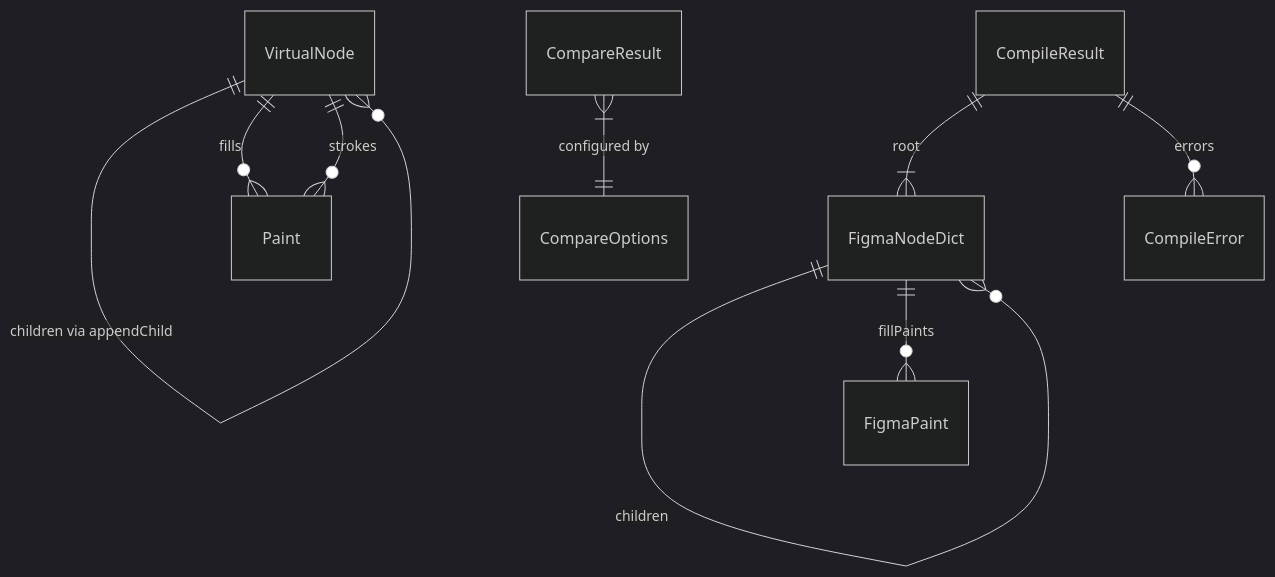
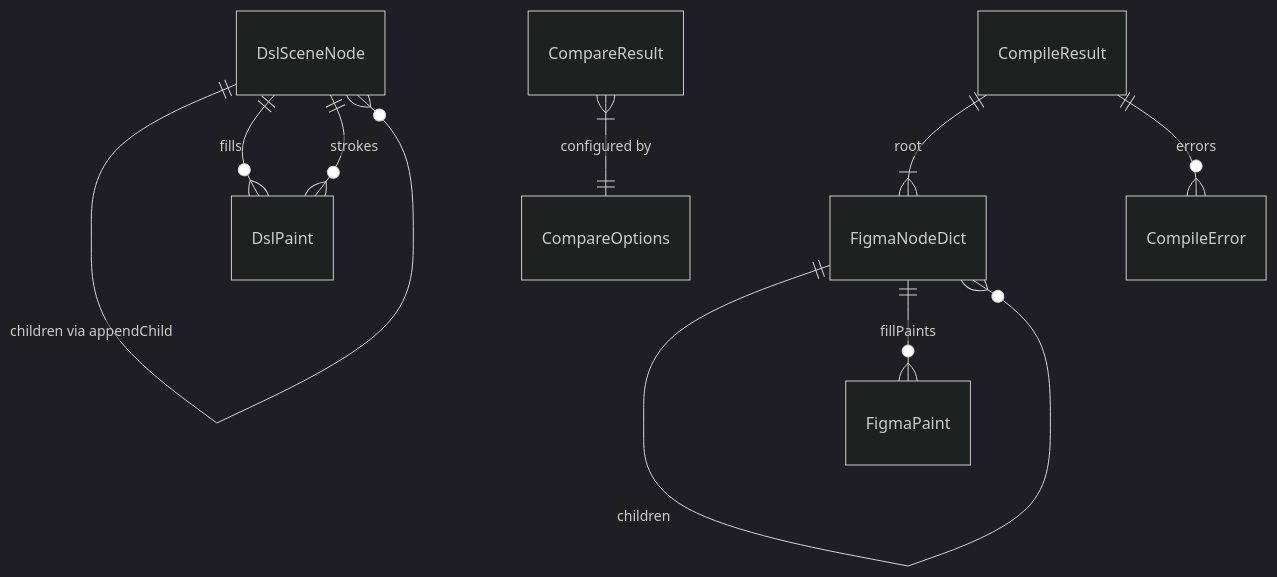
The sixth of 6 diagrams in .kiro/specs/figma-component-dsl/design.md (TETRA2000/figma-component-dsl), drawn with Mermaid (dark theme) before and after one commit. The commit also changed other lines of this file and 2 other files, not shown here.

````diff
--- a/.kiro/specs/figma-component-dsl/design.md
+++ b/.kiro/specs/figma-component-dsl/design.md
@@ -834,14 +905,14 @@
 ```mermaid
 erDiagram
-    VirtualNode ||--o{ VirtualNode : "children via appendChild"
-    VirtualNode ||--o{ Paint : "fills"
-    VirtualNode ||--o{ Paint : "strokes"
+    DslSceneNode ||--o{ DslSceneNode : "children via appendChild"
+    DslSceneNode ||--o{ DslPaint : "fills"
+    DslSceneNode ||--o{ DslPaint : "strokes"
 
     FigmaNodeDict ||--o{ FigmaNodeDict : "children"
     FigmaNodeDict ||--o{ FigmaPaint : "fillPaints"
 
     CompileResult ||--|{ FigmaNodeDict : "root"
     CompileResult ||--o{ CompileError : "errors"
 
     CompareResult }|--|| CompareOptions : "configured by"
 ```
````
